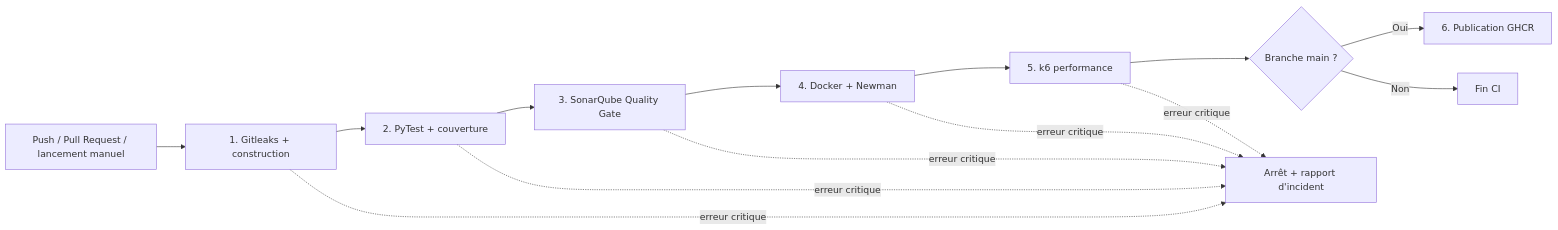
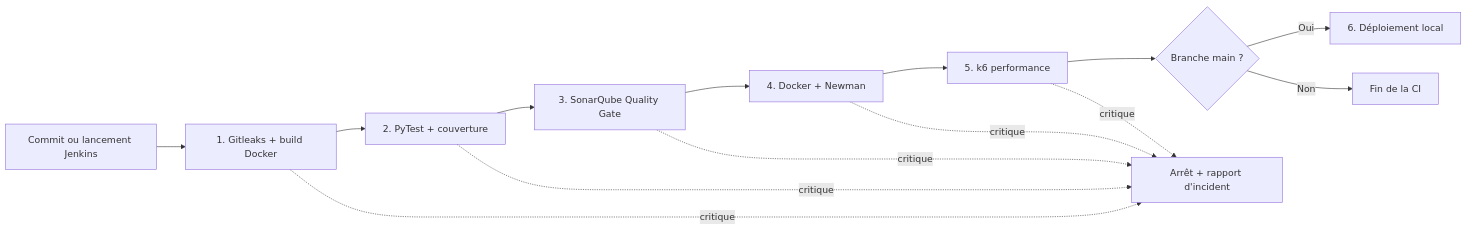
One commit to maram-br/payflex changed the diagram in README.md. Above: the diagram before and after it, drawn with Mermaid. The commit also changed other lines of this file and 8 other files, not shown here.

````diff
--- a/README.md
+++ b/README.md
@@ -7,16 +7,16 @@
 ```mermaid
 flowchart LR
-    A[Push / Pull Request / lancement manuel] --> B[1. Gitleaks + construction]
+    A[Commit ou lancement Jenkins] --> B[1. Gitleaks + build Docker]
     B --> C[2. PyTest + couverture]
     C --> D[3. SonarQube Quality Gate]
     D --> E[4. Docker + Newman]
     E --> F[5. k6 performance]
     F --> G{Branche main ?}
-    G -->|Oui| H[6. Publication GHCR]
-    G -->|Non| I[Fin CI]
-    B -. erreur critique .-> X[Arrêt + rapport d'incident]
-    C -. erreur critique .-> X
-    D -. erreur critique .-> X
-    E -. erreur critique .-> X
-    F -. erreur critique .-> X
+    G -->|Oui| H[6. Déploiement local]
+    G -->|Non| I[Fin de la CI]
+    B -. critique .-> X[Arrêt + rapport d'incident]
+    C -. critique .-> X
+    D -. critique .-> X
+    E -. critique .-> X
+    F -. critique .-> X
 ```
````
